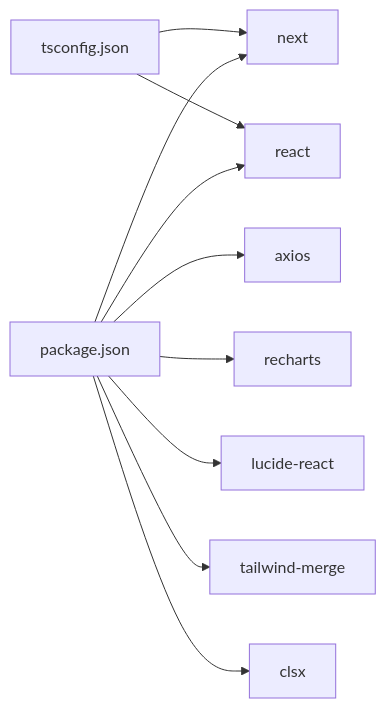
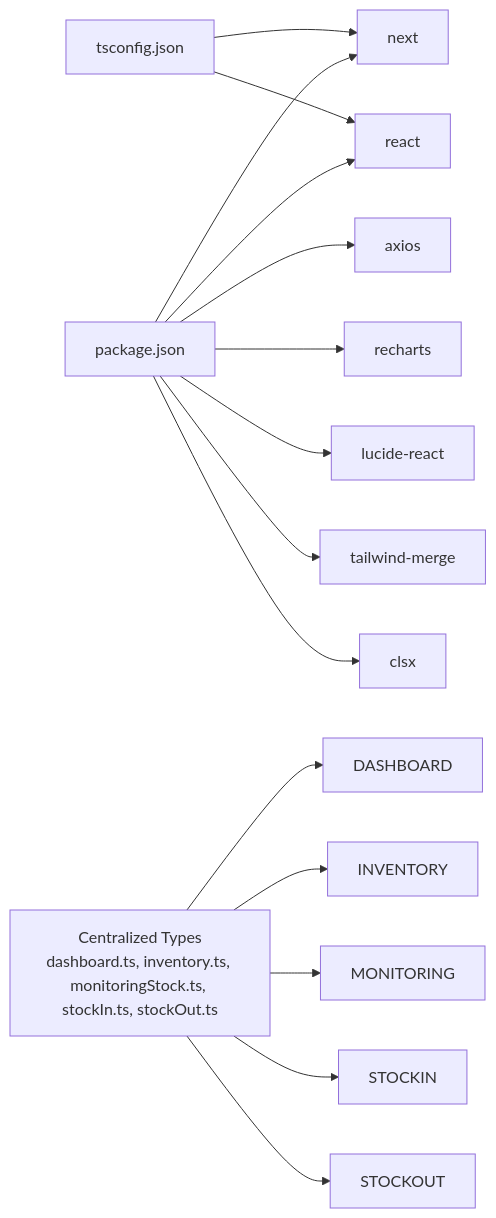
Before and after one commit to haidarqawama/PPA-klinik-amc: the eighth of 8 diagrams in .qoder/repowiki/en/content/Frontend Architecture/Component System & Organization/Component System & Organization.md, drawn with Mermaid. The commit also changed other lines of this file and 58 other files, not shown here.

````diff
--- a/.qoder/repowiki/en/content/Frontend Architecture/Component System & Organization/Component System & Organization.md
+++ b/.qoder/repowiki/en/content/Frontend Architecture/Component System & Organization/Component System & Organization.md
@@ -489,21 +681,27 @@
 ```mermaid
 graph LR
 PKG["package.json"]
 TSC["tsconfig.json"]
 NEXT["next"]
 REACT["react"]
 AXIOS["axios"]
 RECHARTS["recharts"]
 LUCIDE["lucide-react"]
 TWIN["tailwind-merge"]
 CLSX["clsx"]
+TYPES["Centralized Types<br/>dashboard.ts, inventory.ts, monitoringStock.ts, stockIn.ts, stockOut.ts"]
 PKG --> NEXT
 PKG --> REACT
 PKG --> AXIOS
 PKG --> RECHARTS
 PKG --> LUCIDE
 PKG --> TWIN
 PKG --> CLSX
 TSC --> REACT
 TSC --> NEXT
+TYPES --> DASHBOARD
+TYPES --> INVENTORY
+TYPES --> MONITORING
+TYPES --> STOCKIN
+TYPES --> STOCKOUT
 ```
````
